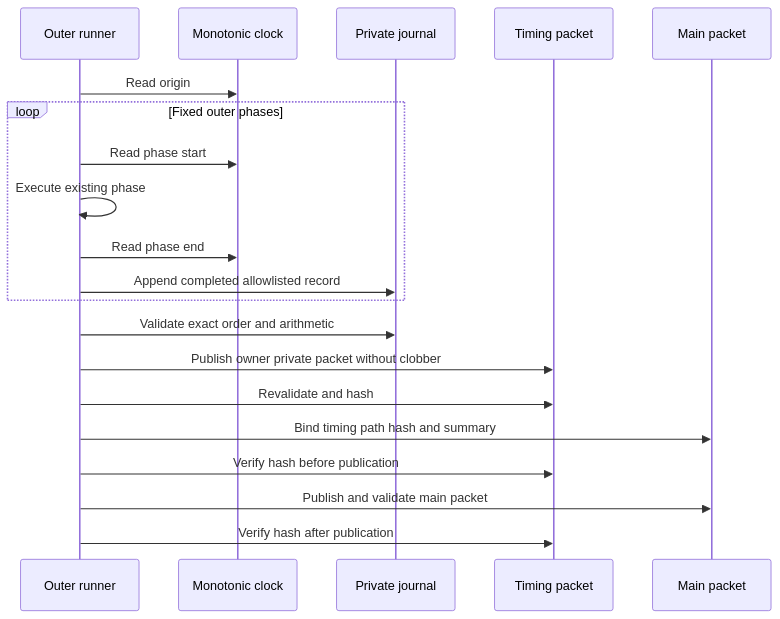
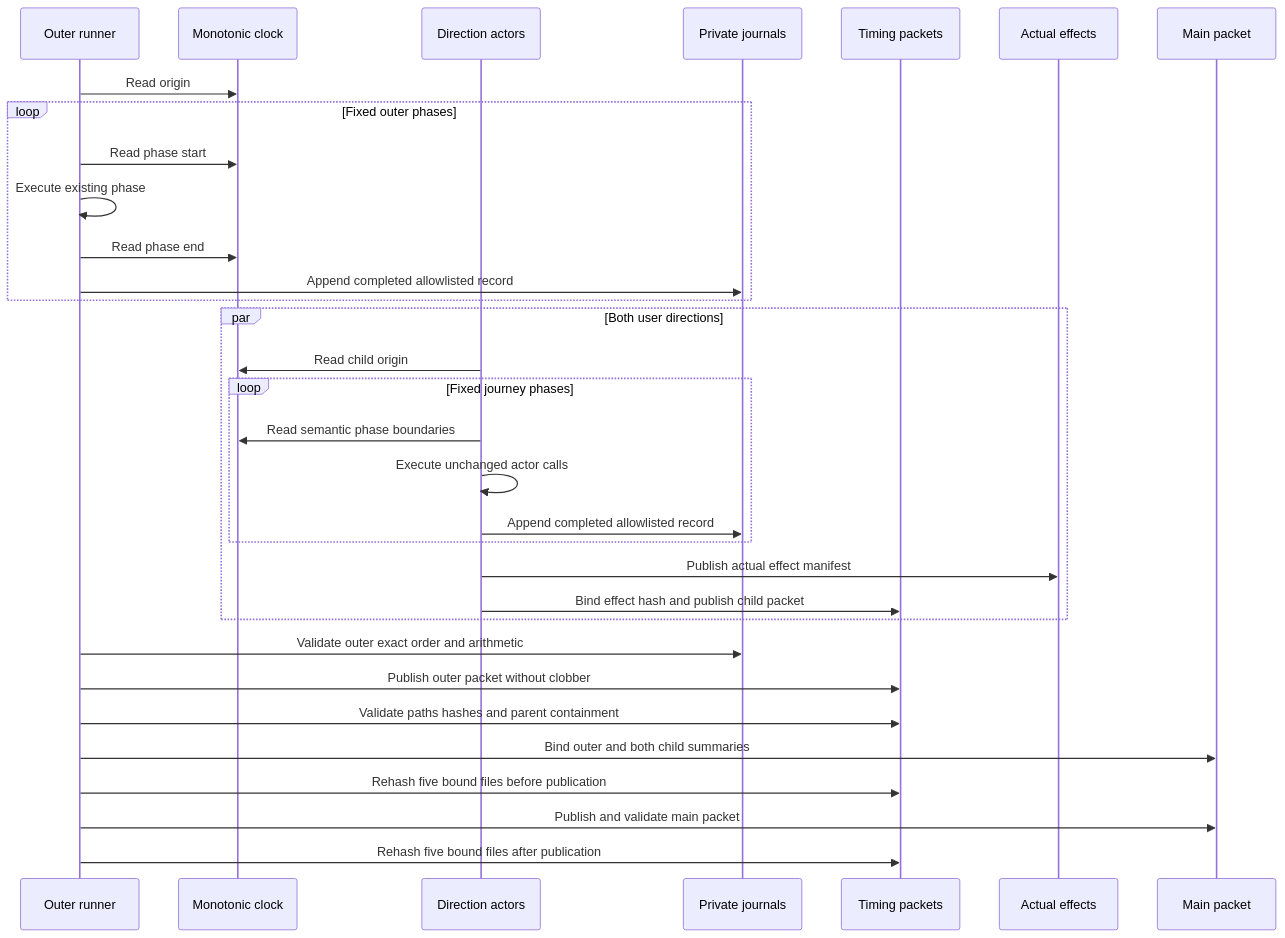
The second of 2 diagrams in docs/architecture/0049-bind-monotonic-phase-evidence.md (gateway-fm/lez-atomic-swaps), drawn with Mermaid before and after one commit. The commit also changed other lines of this file and 13 other files, not shown here.

Commit message:
perf(m3): bind semantic actor phase timings

````diff
--- a/docs/architecture/0049-bind-monotonic-phase-evidence.md
+++ b/docs/architecture/0049-bind-monotonic-phase-evidence.md
@@ -73,23 +108,35 @@
 ```mermaid
 sequenceDiagram
     participant O as Outer runner
     participant C as Monotonic clock
-    participant J as Private journal
-    participant T as Timing packet
+    participant A as Direction actors
+    participant J as Private journals
+    participant T as Timing packets
+    participant E as Actual effects
     participant M as Main packet
 
     O->>C: Read origin
     loop Fixed outer phases
         O->>C: Read phase start
         O->>O: Execute existing phase
         O->>C: Read phase end
         O->>J: Append completed allowlisted record
     end
-    O->>J: Validate exact order and arithmetic
-    O->>T: Publish owner private packet without clobber
-    O->>T: Revalidate and hash
-    O->>M: Bind timing path hash and summary
-    O->>T: Verify hash before publication
+    par Both user directions
+        A->>C: Read child origin
+        loop Fixed journey phases
+            A->>C: Read semantic phase boundaries
+            A->>A: Execute unchanged actor calls
+            A->>J: Append completed allowlisted record
+        end
+        A->>E: Publish actual effect manifest
+        A->>T: Bind effect hash and publish child packet
+    end
+    O->>J: Validate outer exact order and arithmetic
+    O->>T: Publish outer packet without clobber
+    O->>T: Validate paths hashes and parent containment
+    O->>M: Bind outer and both child summaries
+    O->>T: Rehash five bound files before publication
     O->>M: Publish and validate main packet
-    O->>T: Verify hash after publication
+    O->>T: Rehash five bound files after publication
 ```
````
